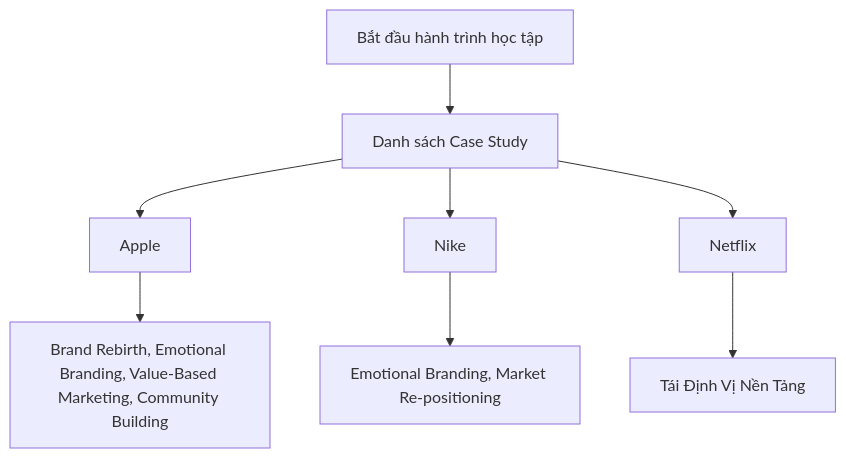
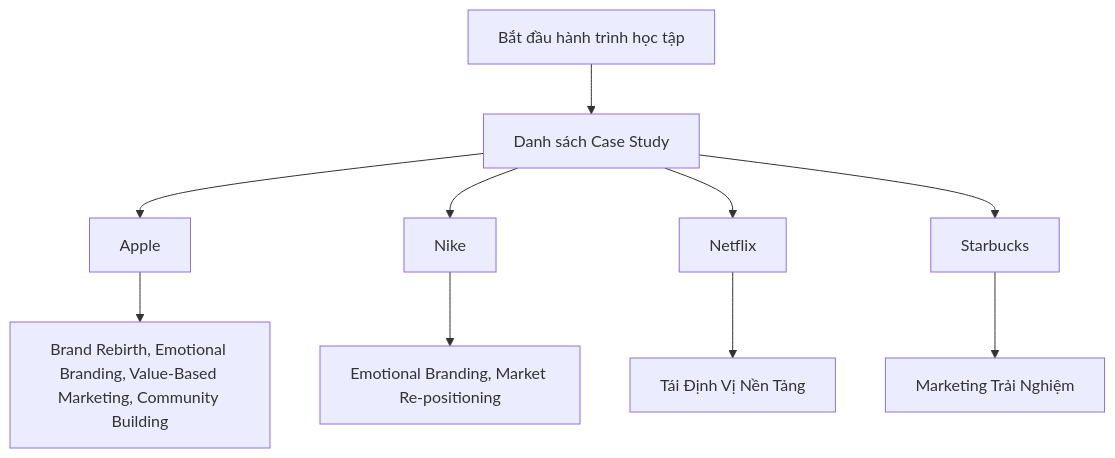
One commit to quy2003/daily-marketing-cases changed the diagram in README.md. Above: the diagram before and after it, drawn with Mermaid. The commit also changed other lines of this file and 3 other files, not shown here.

Commit message:
chore: auto-generate daily marketing case & podcast [skip ci]

````diff
--- a/README.md
+++ b/README.md
@@ -25,10 +25,12 @@
 ```mermaid
 graph TD
     Start[Bắt đầu hành trình học tập] --> DailyCases[Danh sách Case Study]
     DailyCases --> Apple["Apple"]
     Apple --> BrandRebirthEmotionalBrandingValueBasedMarketingCommunityBuilding["Brand Rebirth, Emotional Branding, Value-Based Marketing, Community Building"]
     DailyCases --> Nike["Nike"]
     Nike --> EmotionalBrandingMarketRepositioning["Emotional Branding, Market Re-positioning"]
     DailyCases --> Netflix["Netflix"]
     Netflix --> TinhVNnTng["Tái Định Vị Nền Tảng"]
+    DailyCases --> Starbucks["Starbucks"]
+    Starbucks --> MarketingTriNghim["Marketing Trải Nghiệm"]
 ```
````
